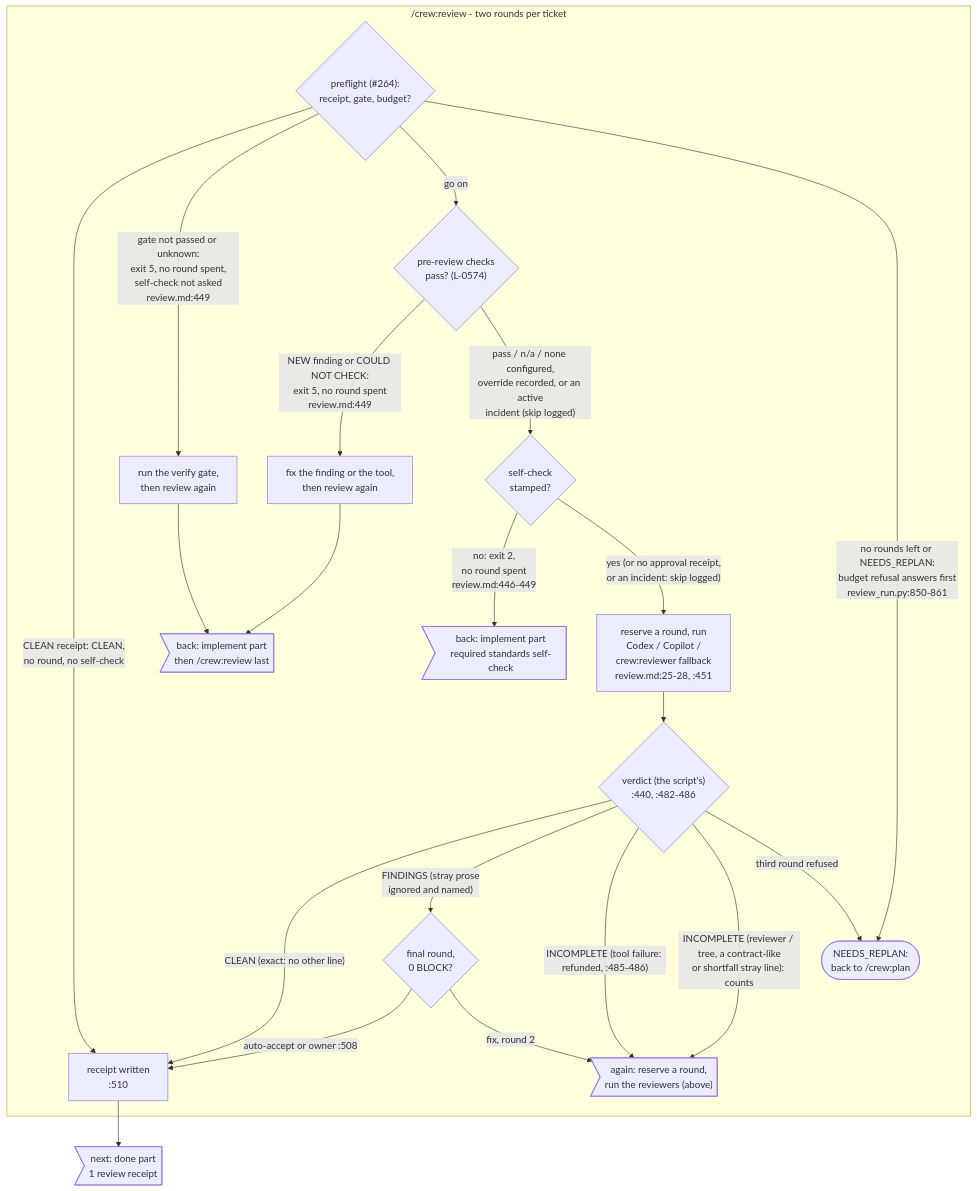
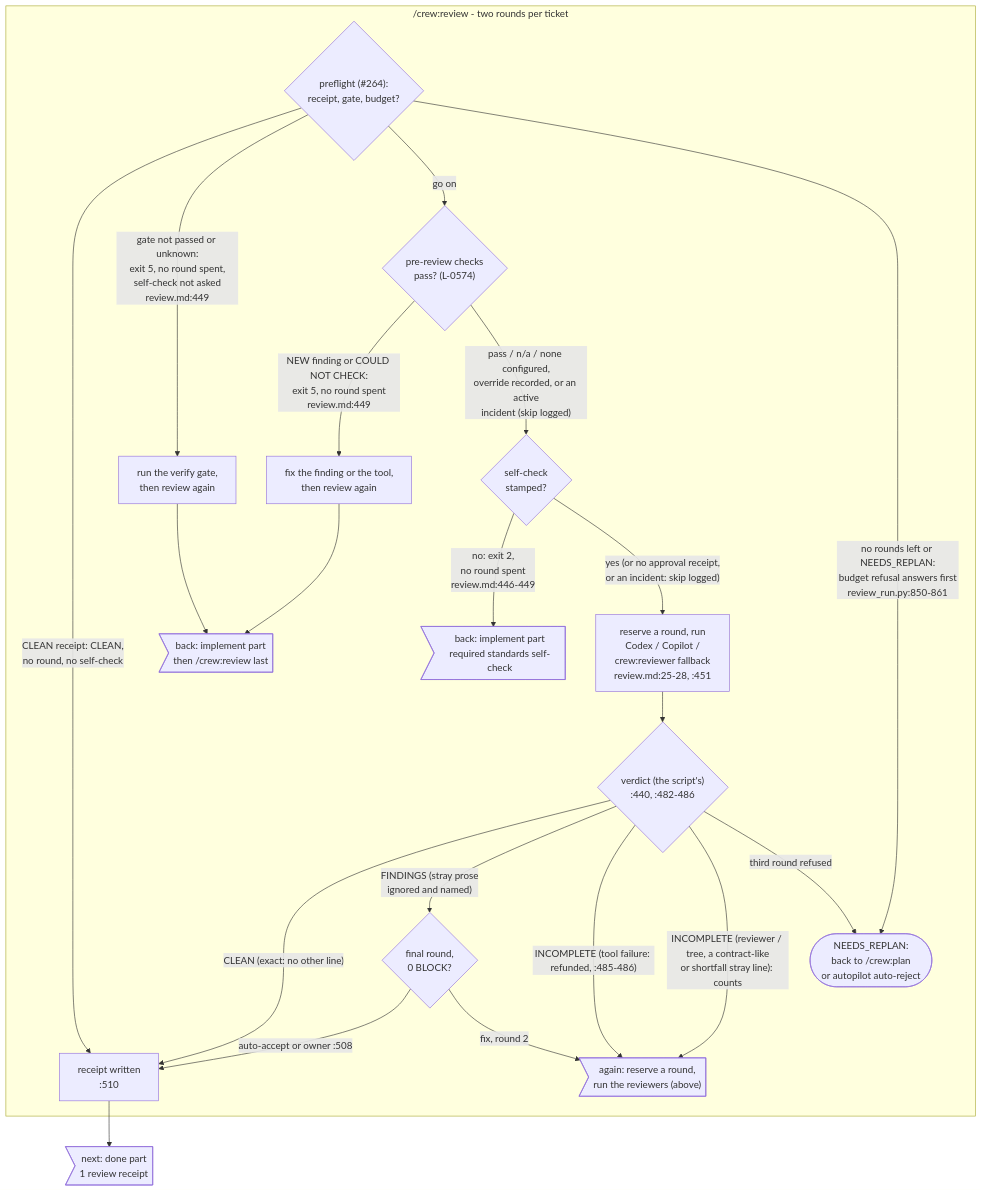
Diagram 30 of 36 in docs/diagrams/README.md (mbadali25/useful-claude-add-ons), drawn with Mermaid before and after one commit. The commit also changed other lines of this file and 21 other files, not shown here.

First line of the commit message:
T-0074: refresh artifacts (code map citations, rules, guides rebuilt, review diagram page, BUDGETS) and remove docs/tickets/T-0074

````diff
--- a/docs/diagrams/README.md
+++ b/docs/diagrams/README.md
@@ -1121,29 +1121,29 @@
 ```mermaid
 flowchart TB
     subgraph review["/crew:review - two rounds per ticket"]
         pf0{"preflight (#264):<br/>receipt, gate, budget?"}
         pf0 -- "CLEAN receipt: CLEAN,<br/>no round, no self-check" --> rcpt
         pf0 -- "gate not passed or unknown:<br/>exit 5, no round spent,<br/>self-check not asked<br/>review.md:449" --> vg0["run the verify gate,<br/>then review again"]
         vg0 --> to_im5
         pf0 -- "go on" --> pr0{"pre-review checks<br/>pass? (L-0574)"}
         pr0 -- "NEW finding or COULD NOT CHECK:<br/>exit 5, no round spent<br/>review.md:449" --> fx0["fix the finding or the tool,<br/>then review again"]
         fx0 --> to_im5
         pr0 -- "pass / n/a / none configured,<br/>override recorded, or an active<br/>incident (skip logged)" --> rv0{"self-check<br/>stamped?"}
         pf0 -- "no rounds left or NEEDS_REPLAN:<br/>budget refusal answers first<br/>review_run.py:850-861" --> replan
         rv0 -- "no: exit 2,<br/>no round spent<br/>review.md:446-449" --> to_sc1
         rv0 -- "yes (or no approval receipt,<br/>or an incident: skip logged)" --> rv1["reserve a round, run<br/>Codex / Copilot /<br/>crew:reviewer fallback<br/>review.md:25-28, :451"]
         rv1 --> rv2{"verdict (the script's)<br/>:440, :482-486"}
         rv2 -- "CLEAN (exact: no other line)" --> rcpt["receipt written<br/>:510"]
         rv2 -- "FINDINGS (stray prose<br/>ignored and named)" --> rv3{"final round,<br/>0 BLOCK?"}
         rv3 -- "auto-accept or owner :508" --> rcpt
         rv3 -- "fix, round 2" --> again_rv1
         rv2 -- "INCOMPLETE (tool failure: refunded, :485-486)" --> again_rv1
         rv2 -- "INCOMPLETE (reviewer / tree, a contract-like<br/>or shortfall stray line): counts" --> again_rv1
-        rv2 -- "third round refused" --> replan([NEEDS_REPLAN:<br/>back to /crew:plan])
+        rv2 -- "third round refused" --> replan([NEEDS_REPLAN:<br/>back to /crew:plan<br/>or autopilot auto-reject])
     end
 
     again_rv1>"again: reserve a round,<br/>run the reviewers (above)"]
     to_im5>"back: implement part<br/>then /crew:review last"]
     to_sc1>"back: implement part<br/>required standards self-check"]
     rcpt --> to_dn1>"next: done part<br/>1 review receipt"]
 ```
````
